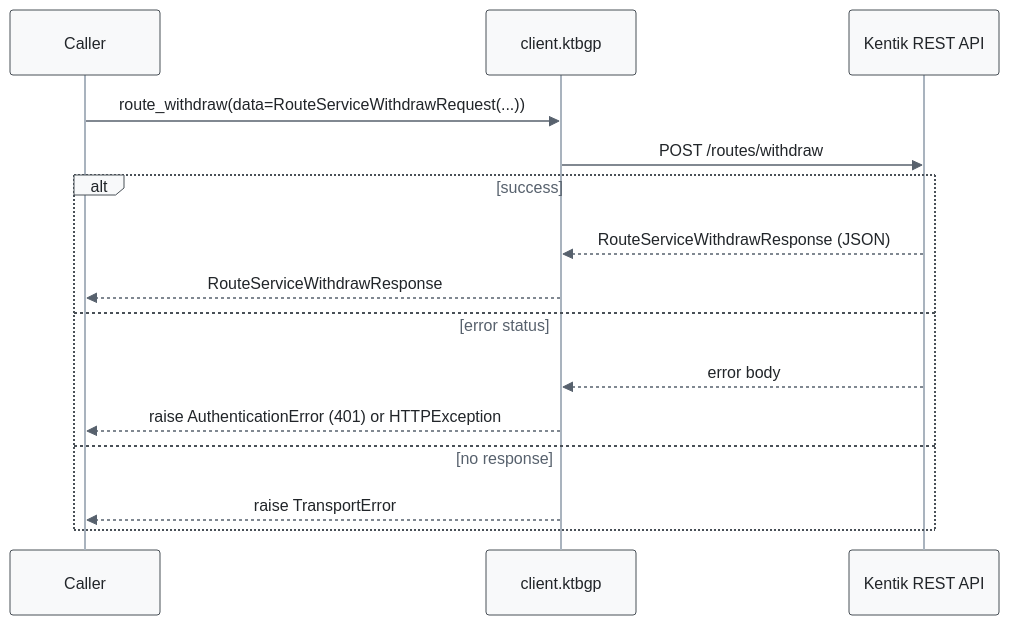
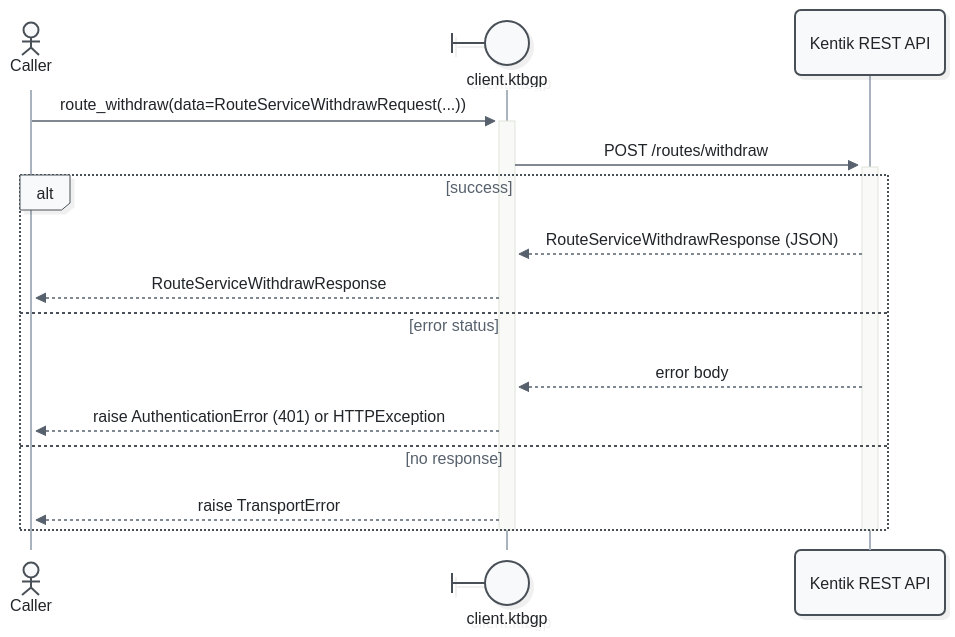
Before and after one commit to alexdearaujo/community_sdk_python: the fifth of 7 diagrams in docs/sphinx/services/ktbgp.md, drawn with Mermaid. The commit also changed other lines of this file and 52 other files, not shown here.

First line of the commit message:
docs: Mermaid 12 sequence diagrams with participant types and path colors

````diff
--- a/docs/sphinx/services/ktbgp.md
+++ b/docs/sphinx/services/ktbgp.md
@@ -185,19 +195,21 @@
 ```mermaid
-%%{init: {"theme": "base", "fontFamily": "ui-monospace, SFMono-Regular, Menlo, monospace", "themeVariables": {"fontFamily": "ui-monospace, SFMono-Regular, Menlo, monospace", "primaryColor": "#f8f9fa", "primaryBorderColor": "#495057", "primaryTextColor": "#212529", "textColor": "#212529", "lineColor": "#77818c", "edgeLabelBackground": "#ffffff", "actorBkg": "#f8f9fa", "actorBorder": "#495057", "actorTextColor": "#212529", "actorLineColor": "#a9b3be", "signalColor": "#57616d", "signalTextColor": "#212529", "labelBoxBkgColor": "#f8f9fa", "labelBoxBorderColor": "#495057", "labelTextColor": "#212529", "loopTextColor": "#57616d", "noteBkgColor": "#fff9db", "noteBorderColor": "#f08c00", "noteTextColor": "#a35a00"}, "flowchart": {"curve": "step", "nodeSpacing": 30, "rankSpacing": 70, "wrappingWidth": 400}}}%%
+%%{init: {"theme": "redux", "look": "neo", "layout": "dagre", "fontFamily": "ui-monospace, SFMono-Regular, Menlo, monospace", "themeVariables": {"fontFamily": "ui-monospace, SFMono-Regular, Menlo, monospace", "primaryColor": "#f8f9fa", "primaryBorderColor": "#495057", "primaryTextColor": "#212529", "textColor": "#212529", "lineColor": "#77818c", "edgeLabelBackground": "#ffffff", "actorBkg": "#f8f9fa", "actorBorder": "#495057", "actorTextColor": "#212529", "actorLineColor": "#a9b3be", "signalColor": "#57616d", "signalTextColor": "#212529", "labelBoxBkgColor": "#f8f9fa", "labelBoxBorderColor": "#495057", "labelTextColor": "#212529", "loopTextColor": "#57616d", "noteBkgColor": "#fff9db", "noteBorderColor": "#f08c00", "noteTextColor": "#a35a00"}, "sequence": {"activationWidth": 16}, "flowchart": {"curve": "step", "nodeSpacing": 30, "rankSpacing": 70, "wrappingWidth": 400}}}%%
 sequenceDiagram
-    participant C as Caller
-    participant W as client.ktbgp
+    actor C as Caller
+    participant W@{ "type": "boundary" } as client.ktbgp
     participant API as Kentik REST API
 
-    C->>W: route_withdraw(data=RouteServiceWithdrawRequest(...))
-    W->>API: POST /routes/withdraw
+    C->>+W: route_withdraw(data=RouteServiceWithdrawRequest(...))
+    W->>+API: POST /routes/withdraw
     alt success
         API-->>W: RouteServiceWithdrawResponse (JSON)
         W-->>C: RouteServiceWithdrawResponse
     else error status
         API-->>W: error body
         W-->>C: raise AuthenticationError (401) or HTTPException
     else no response
         W-->>C: raise TransportError
     end
+    deactivate API
+    deactivate W
 ```
````
